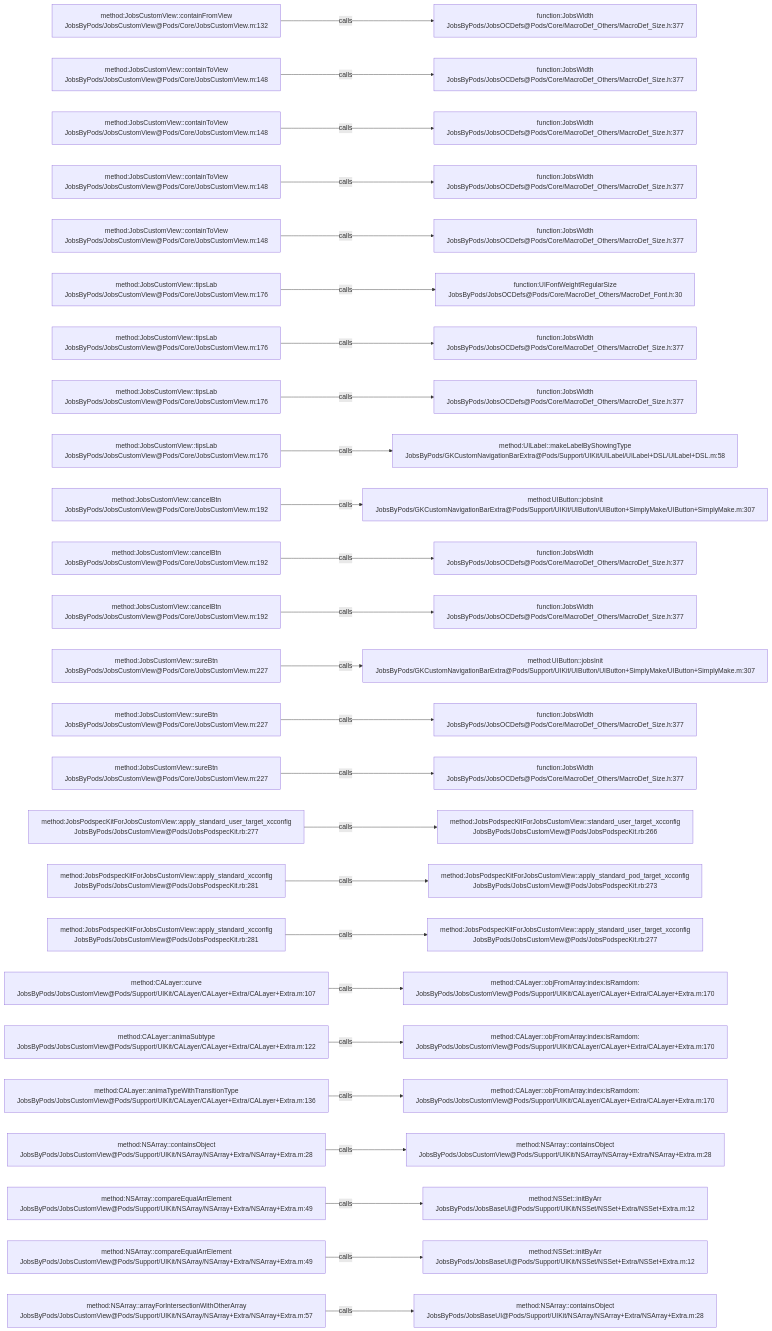
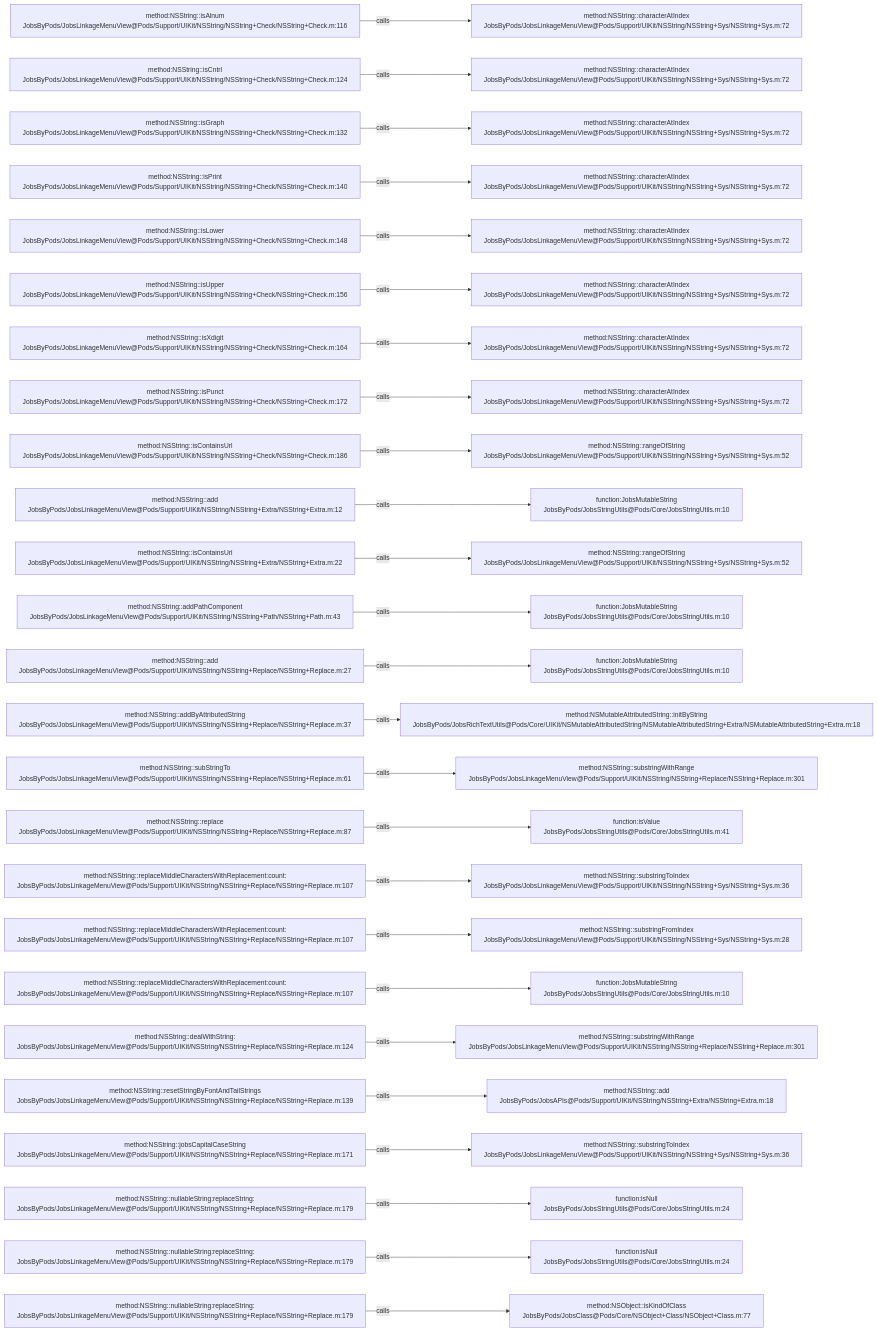
One commit to JobsKits/JobsOCBaseConfigDemo changed the diagram in .codegraph/codegraph.md/graphs/calls-104.md. Above: the diagram before and after it, drawn with Mermaid. The commit also changed 1026 other files, not shown here.

````diff
--- a/.codegraph/codegraph.md/graphs/calls-104.md
+++ b/.codegraph/codegraph.md/graphs/calls-104.md
@@ -13,78 +13,78 @@
 ```mermaid
 flowchart LR
-  S1["method:JobsCustomView::containFromView<br/>JobsByPods/JobsCustomView@Pods/Core/JobsCustomView.m:132"]
-  T1["function:JobsWidth<br/>JobsByPods/JobsOCDefs@Pods/Core/MacroDef_Others/MacroDef_Size.h:377"]
+  S1["method:NSString::isAlnum<br/>JobsByPods/JobsLinkageMenuView@Pods/Support/UIKit/NSString/NSString+Check/NSString+Check.m:116"]
+  T1["method:NSString::characterAtIndex<br/>JobsByPods/JobsLinkageMenuView@Pods/Support/UIKit/NSString/NSString+Sys/NSString+Sys.m:72"]
   S1 -->|calls| T1
-  S2["method:JobsCustomView::containToView<br/>JobsByPods/JobsCustomView@Pods/Core/JobsCustomView.m:148"]
-  T2["function:JobsWidth<br/>JobsByPods/JobsOCDefs@Pods/Core/MacroDef_Others/MacroDef_Size.h:377"]
+  S2["method:NSString::isCntrl<br/>JobsByPods/JobsLinkageMenuView@Pods/Support/UIKit/NSString/NSString+Check/NSString+Check.m:124"]
+  T2["method:NSString::characterAtIndex<br/>JobsByPods/JobsLinkageMenuView@Pods/Support/UIKit/NSString/NSString+Sys/NSString+Sys.m:72"]
   S2 -->|calls| T2
-  S3["method:JobsCustomView::containToView<br/>JobsByPods/JobsCustomView@Pods/Core/JobsCustomView.m:148"]
-  T3["function:JobsWidth<br/>JobsByPods/JobsOCDefs@Pods/Core/MacroDef_Others/MacroDef_Size.h:377"]
+  S3["method:NSString::isGraph<br/>JobsByPods/JobsLinkageMenuView@Pods/Support/UIKit/NSString/NSString+Check/NSString+Check.m:132"]
+  T3["method:NSString::characterAtIndex<br/>JobsByPods/JobsLinkageMenuView@Pods/Support/UIKit/NSString/NSString+Sys/NSString+Sys.m:72"]
   S3 -->|calls| T3
-  S4["method:JobsCustomView::containToView<br/>JobsByPods/JobsCustomView@Pods/Core/JobsCustomView.m:148"]
-  T4["function:JobsWidth<br/>JobsByPods/JobsOCDefs@Pods/Core/MacroDef_Others/MacroDef_Size.h:377"]
+  S4["method:NSString::isPrint<br/>JobsByPods/JobsLinkageMenuView@Pods/Support/UIKit/NSString/NSString+Check/NSString+Check.m:140"]
+  T4["method:NSString::characterAtIndex<br/>JobsByPods/JobsLinkageMenuView@Pods/Support/UIKit/NSString/NSString+Sys/NSString+Sys.m:72"]
   S4 -->|calls| T4
-  S5["method:JobsCustomView::containToView<br/>JobsByPods/JobsCustomView@Pods/Core/JobsCustomView.m:148"]
-  T5["function:JobsWidth<br/>JobsByPods/JobsOCDefs@Pods/Core/MacroDef_Others/MacroDef_Size.h:377"]
+  S5["method:NSString::isLower<br/>JobsByPods/JobsLinkageMenuView@Pods/Support/UIKit/NSString/NSString+Check/NSString+Check.m:148"]
+  T5["method:NSString::characterAtIndex<br/>JobsByPods/JobsLinkageMenuView@Pods/Support/UIKit/NSString/NSString+Sys/NSString+Sys.m:72"]
   S5 -->|calls| T5
-  S6["method:JobsCustomView::tipsLab<br/>JobsByPods/JobsCustomView@Pods/Core/JobsCustomView.m:176"]
-  T6["function:UIFontWeightRegularSize<br/>JobsByPods/JobsOCDefs@Pods/Core/MacroDef_Others/MacroDef_Font.h:30"]
+  S6["method:NSString::isUpper<br/>JobsByPods/JobsLinkageMenuView@Pods/Support/UIKit/NSString/NSString+Check/NSString+Check.m:156"]
+  T6["method:NSString::characterAtIndex<br/>JobsByPods/JobsLinkageMenuView@Pods/Support/UIKit/NSString/NSString+Sys/NSString+Sys.m:72"]
   S6 -->|calls| T6
-  S7["method:JobsCustomView::tipsLab<br/>JobsByPods/JobsCustomView@Pods/Core/JobsCustomView.m:176"]
-  T7["function:JobsWidth<br/>JobsByPods/JobsOCDefs@Pods/Core/MacroDef_Others/MacroDef_Size.h:377"]
+  S7["method:NSString::isXdigit<br/>JobsByPods/JobsLinkageMenuView@Pods/Support/UIKit/NSString/NSString+Check/NSString+Check.m:164"]
+  T7["method:NSString::characterAtIndex<br/>JobsByPods/JobsLinkageMenuView@Pods/Support/UIKit/NSString/NSString+Sys/NSString+Sys.m:72"]
   S7 -->|calls| T7
-  S8["method:JobsCustomView::tipsLab<br/>JobsByPods/JobsCustomView@Pods/Core/JobsCustomView.m:176"]
-  T8["function:JobsWidth<br/>JobsByPods/JobsOCDefs@Pods/Core/MacroDef_Others/MacroDef_Size.h:377"]
+  S8["method:NSString::isPunct<br/>JobsByPods/JobsLinkageMenuView@Pods/Support/UIKit/NSString/NSString+Check/NSString+Check.m:172"]
+  T8["method:NSString::characterAtIndex<br/>JobsByPods/JobsLinkageMenuView@Pods/Support/UIKit/NSString/NSString+Sys/NSString+Sys.m:72"]
   S8 -->|calls| T8
-  S9["method:JobsCustomView::tipsLab<br/>JobsByPods/JobsCustomView@Pods/Core/JobsCustomView.m:176"]
-  T9["method:UILabel::makeLabelByShowingType<br/>JobsByPods/GKCustomNavigationBarExtra@Pods/Support/UIKit/UILabel/UILabel+DSL/UILabel+DSL.m:58"]
+  S9["method:NSString::isContainsUrl<br/>JobsByPods/JobsLinkageMenuView@Pods/Support/UIKit/NSString/NSString+Check/NSString+Check.m:186"]
+  T9["method:NSString::rangeOfString<br/>JobsByPods/JobsLinkageMenuView@Pods/Support/UIKit/NSString/NSString+Sys/NSString+Sys.m:52"]
   S9 -->|calls| T9
-  S10["method:JobsCustomView::cancelBtn<br/>JobsByPods/JobsCustomView@Pods/Core/JobsCustomView.m:192"]
-  T10["method:UIButton::jobsInit<br/>JobsByPods/GKCustomNavigationBarExtra@Pods/Support/UIKit/UIButton/UIButton+SimplyMake/UIButton+SimplyMake.m:307"]
+  S10["method:NSString::add<br/>JobsByPods/JobsLinkageMenuView@Pods/Support/UIKit/NSString/NSString+Extra/NSString+Extra.m:12"]
+  T10["function:JobsMutableString<br/>JobsByPods/JobsStringUtils@Pods/Core/JobsStringUtils.m:10"]
   S10 -->|calls| T10
-  S11["method:JobsCustomView::cancelBtn<br/>JobsByPods/JobsCustomView@Pods/Core/JobsCustomView.m:192"]
-  T11["function:JobsWidth<br/>JobsByPods/JobsOCDefs@Pods/Core/MacroDef_Others/MacroDef_Size.h:377"]
+  S11["method:NSString::isContainsUrl<br/>JobsByPods/JobsLinkageMenuView@Pods/Support/UIKit/NSString/NSString+Extra/NSString+Extra.m:22"]
+  T11["method:NSString::rangeOfString<br/>JobsByPods/JobsLinkageMenuView@Pods/Support/UIKit/NSString/NSString+Sys/NSString+Sys.m:52"]
   S11 -->|calls| T11
-  S12["method:JobsCustomView::cancelBtn<br/>JobsByPods/JobsCustomView@Pods/Core/JobsCustomView.m:192"]
-  T12["function:JobsWidth<br/>JobsByPods/JobsOCDefs@Pods/Core/MacroDef_Others/MacroDef_Size.h:377"]
+  S12["method:NSString::addPathComponent<br/>JobsByPods/JobsLinkageMenuView@Pods/Support/UIKit/NSString/NSString+Path/NSString+Path.m:43"]
+  T12["function:JobsMutableString<br/>JobsByPods/JobsStringUtils@Pods/Core/JobsStringUtils.m:10"]
   S12 -->|calls| T12
-  S13["method:JobsCustomView::sureBtn<br/>JobsByPods/JobsCustomView@Pods/Core/JobsCustomView.m:227"]
-  T13["method:UIButton::jobsInit<br/>JobsByPods/GKCustomNavigationBarExtra@Pods/Support/UIKit/UIButton/UIButton+SimplyMake/UIButton+SimplyMake.m:307"]
+  S13["method:NSString::add<br/>JobsByPods/JobsLinkageMenuView@Pods/Support/UIKit/NSString/NSString+Replace/NSString+Replace.m:27"]
+  T13["function:JobsMutableString<br/>JobsByPods/JobsStringUtils@Pods/Core/JobsStringUtils.m:10"]
   S13 -->|calls| T13
-  S14["method:JobsCustomView::sureBtn<br/>JobsByPods/JobsCustomView@Pods/Core/JobsCustomView.m:227"]
-  T14["function:JobsWidth<br/>JobsByPods/JobsOCDefs@Pods/Core/MacroDef_Others/MacroDef_Size.h:377"]
+  S14["method:NSString::addByAttributedString<br/>JobsByPods/JobsLinkageMenuView@Pods/Support/UIKit/NSString/NSString+Replace/NSString+Replace.m:37"]
+  T14["method:NSMutableAttributedString::initByString<br/>JobsByPods/JobsRichTextUtils@Pods/Core/UIKit/NSMutableAttributedString/NSMutableAttributedString+Extra/NSMutableAttributedString+Extra.m:18"]
   S14 -->|calls| T14
-  S15["method:JobsCustomView::sureBtn<br/>JobsByPods/JobsCustomView@Pods/Core/JobsCustomView.m:227"]
-  T15["function:JobsWidth<br/>JobsByPods/JobsOCDefs@Pods/Core/MacroDef_Others/MacroDef_Size.h:377"]
+  S15["method:NSString::subStringTo<br/>JobsByPods/JobsLinkageMenuView@Pods/Support/UIKit/NSString/NSString+Replace/NSString+Replace.m:61"]
+  T15["method:NSString::substringWithRange<br/>JobsByPods/JobsLinkageMenuView@Pods/Support/UIKit/NSString/NSString+Replace/NSString+Replace.m:301"]
   S15 -->|calls| T15
-  S16["method:JobsPodspecKitForJobsCustomView::apply_standard_user_target_xcconfig<br/>JobsByPods/JobsCustomView@Pods/JobsPodspecKit.rb:277"]
-  T16["method:JobsPodspecKitForJobsCustomView::standard_user_target_xcconfig<br/>JobsByPods/JobsCustomView@Pods/JobsPodspecKit.rb:266"]
+  S16["method:NSString::replace<br/>JobsByPods/JobsLinkageMenuView@Pods/Support/UIKit/NSString/NSString+Replace/NSString+Replace.m:87"]
+  T16["function:isValue<br/>JobsByPods/JobsStringUtils@Pods/Core/JobsStringUtils.m:41"]
   S16 -->|calls| T16
-  S17["method:JobsPodspecKitForJobsCustomView::apply_standard_xcconfig<br/>JobsByPods/JobsCustomView@Pods/JobsPodspecKit.rb:281"]
-  T17["method:JobsPodspecKitForJobsCustomView::apply_standard_pod_target_xcconfig<br/>JobsByPods/JobsCustomView@Pods/JobsPodspecKit.rb:273"]
+  S17["method:NSString::replaceMiddleCharactersWithReplacement:count:<br/>JobsByPods/JobsLinkageMenuView@Pods/Support/UIKit/NSString/NSString+Replace/NSString+Replace.m:107"]
+  T17["method:NSString::substringToIndex<br/>JobsByPods/JobsLinkageMenuView@Pods/Support/UIKit/NSString/NSString+Sys/NSString+Sys.m:36"]
   S17 -->|calls| T17
-  S18["method:JobsPodspecKitForJobsCustomView::apply_standard_xcconfig<br/>JobsByPods/JobsCustomView@Pods/JobsPodspecKit.rb:281"]
-  T18["method:JobsPodspecKitForJobsCustomView::apply_standard_user_target_xcconfig<br/>JobsByPods/JobsCustomView@Pods/JobsPodspecKit.rb:277"]
+  S18["method:NSString::replaceMiddleCharactersWithReplacement:count:<br/>JobsByPods/JobsLinkageMenuView@Pods/Support/UIKit/NSString/NSString+Replace/NSString+Replace.m:107"]
+  T18["method:NSString::substringFromIndex<br/>JobsByPods/JobsLinkageMenuView@Pods/Support/UIKit/NSString/NSString+Sys/NSString+Sys.m:28"]
   S18 -->|calls| T18
-  S19["method:CALayer::curve<br/>JobsByPods/JobsCustomView@Pods/Support/UIKit/CALayer/CALayer+Extra/CALayer+Extra.m:107"]
-  T19["method:CALayer::objFromArray:index:isRamdom:<br/>JobsByPods/JobsCustomView@Pods/Support/UIKit/CALayer/CALayer+Extra/CALayer+Extra.m:170"]
+  S19["method:NSString::replaceMiddleCharactersWithReplacement:count:<br/>JobsByPods/JobsLinkageMenuView@Pods/Support/UIKit/NSString/NSString+Replace/NSString+Replace.m:107"]
+  T19["function:JobsMutableString<br/>JobsByPods/JobsStringUtils@Pods/Core/JobsStringUtils.m:10"]
   S19 -->|calls| T19
-  S20["method:CALayer::animaSubtype<br/>JobsByPods/JobsCustomView@Pods/Support/UIKit/CALayer/CALayer+Extra/CALayer+Extra.m:122"]
-  T20["method:CALayer::objFromArray:index:isRamdom:<br/>JobsByPods/JobsCustomView@Pods/Support/UIKit/CALayer/CALayer+Extra/CALayer+Extra.m:170"]
+  S20["method:NSString::dealWithString:<br/>JobsByPods/JobsLinkageMenuView@Pods/Support/UIKit/NSString/NSString+Replace/NSString+Replace.m:124"]
+  T20["method:NSString::substringWithRange<br/>JobsByPods/JobsLinkageMenuView@Pods/Support/UIKit/NSString/NSString+Replace/NSString+Replace.m:301"]
   S20 -->|calls| T20
-  S21["method:CALayer::animaTypeWithTransitionType<br/>JobsByPods/JobsCustomView@Pods/Support/UIKit/CALayer/CALayer+Extra/CALayer+Extra.m:136"]
-  T21["method:CALayer::objFromArray:index:isRamdom:<br/>JobsByPods/JobsCustomView@Pods/Support/UIKit/CALayer/CALayer+Extra/CALayer+Extra.m:170"]
+  S21["method:NSString::resetStringByFontAndTailStrings<br/>JobsByPods/JobsLinkageMenuView@Pods/Support/UIKit/NSString/NSString+Replace/NSString+Replace.m:139"]
+  T21["method:NSString::add<br/>JobsByPods/JobsAPIs@Pods/Support/UIKit/NSString/NSString+Extra/NSString+Extra.m:18"]
   S21 -->|calls| T21
-  S22["method:NSArray::containsObject<br/>JobsByPods/JobsCustomView@Pods/Support/UIKit/NSArray/NSArray+Extra/NSArray+Extra.m:28"]
-  T22["method:NSArray::containsObject<br/>JobsByPods/JobsCustomView@Pods/Support/UIKit/NSArray/NSArray+Extra/NSArray+Extra.m:28"]
+  S22["method:NSString::jobsCapitalCaseString<br/>JobsByPods/JobsLinkageMenuView@Pods/Support/UIKit/NSString/NSString+Replace/NSString+Replace.m:171"]
+  T22["method:NSString::substringToIndex<br/>JobsByPods/JobsLinkageMenuView@Pods/Support/UIKit/NSString/NSString+Sys/NSString+Sys.m:36"]
   S22 -->|calls| T22
-  S23["method:NSArray::compareEqualArrElement<br/>JobsByPods/JobsCustomView@Pods/Support/UIKit/NSArray/NSArray+Extra/NSArray+Extra.m:49"]
-  T23["method:NSSet::initByArr<br/>JobsByPods/JobsBaseUI@Pods/Support/UIKit/NSSet/NSSet+Extra/NSSet+Extra.m:12"]
+  S23["method:NSString::nullableString:replaceString:<br/>JobsByPods/JobsLinkageMenuView@Pods/Support/UIKit/NSString/NSString+Replace/NSString+Replace.m:179"]
+  T23["function:isNull<br/>JobsByPods/JobsStringUtils@Pods/Core/JobsStringUtils.m:24"]
   S23 -->|calls| T23
-  S24["method:NSArray::compareEqualArrElement<br/>JobsByPods/JobsCustomView@Pods/Support/UIKit/NSArray/NSArray+Extra/NSArray+Extra.m:49"]
-  T24["method:NSSet::initByArr<br/>JobsByPods/JobsBaseUI@Pods/Support/UIKit/NSSet/NSSet+Extra/NSSet+Extra.m:12"]
+  S24["method:NSString::nullableString:replaceString:<br/>JobsByPods/JobsLinkageMenuView@Pods/Support/UIKit/NSString/NSString+Replace/NSString+Replace.m:179"]
+  T24["function:isNull<br/>JobsByPods/JobsStringUtils@Pods/Core/JobsStringUtils.m:24"]
   S24 -->|calls| T24
-  S25["method:NSArray::arrayForIntersectionWithOtherArray<br/>JobsByPods/JobsCustomView@Pods/Support/UIKit/NSArray/NSArray+Extra/NSArray+Extra.m:57"]
-  T25["method:NSArray::containsObject<br/>JobsByPods/JobsBaseUI@Pods/Support/UIKit/NSArray/NSArray+Extra/NSArray+Extra.m:28"]
+  S25["method:NSString::nullableString:replaceString:<br/>JobsByPods/JobsLinkageMenuView@Pods/Support/UIKit/NSString/NSString+Replace/NSString+Replace.m:179"]
+  T25["method:NSObject::isKindOfClass<br/>JobsByPods/JobsClass@Pods/Core/NSObject+Class/NSObject+Class.m:77"]
   S25 -->|calls| T25
 ```
````
